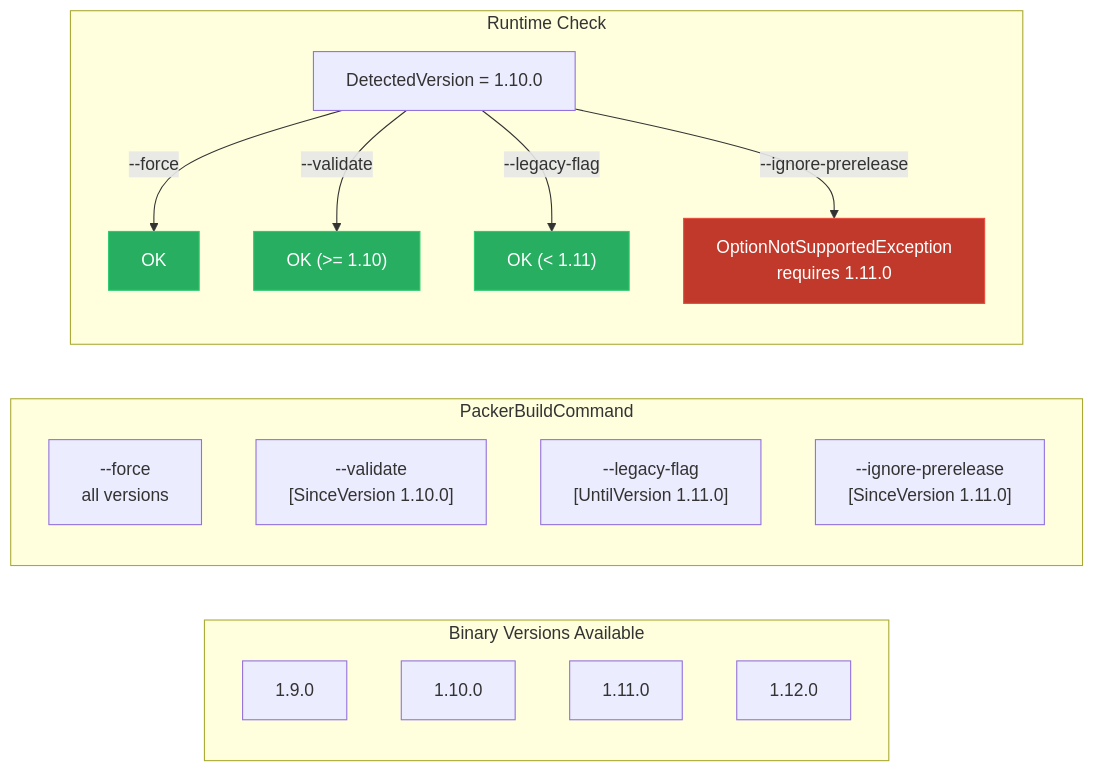
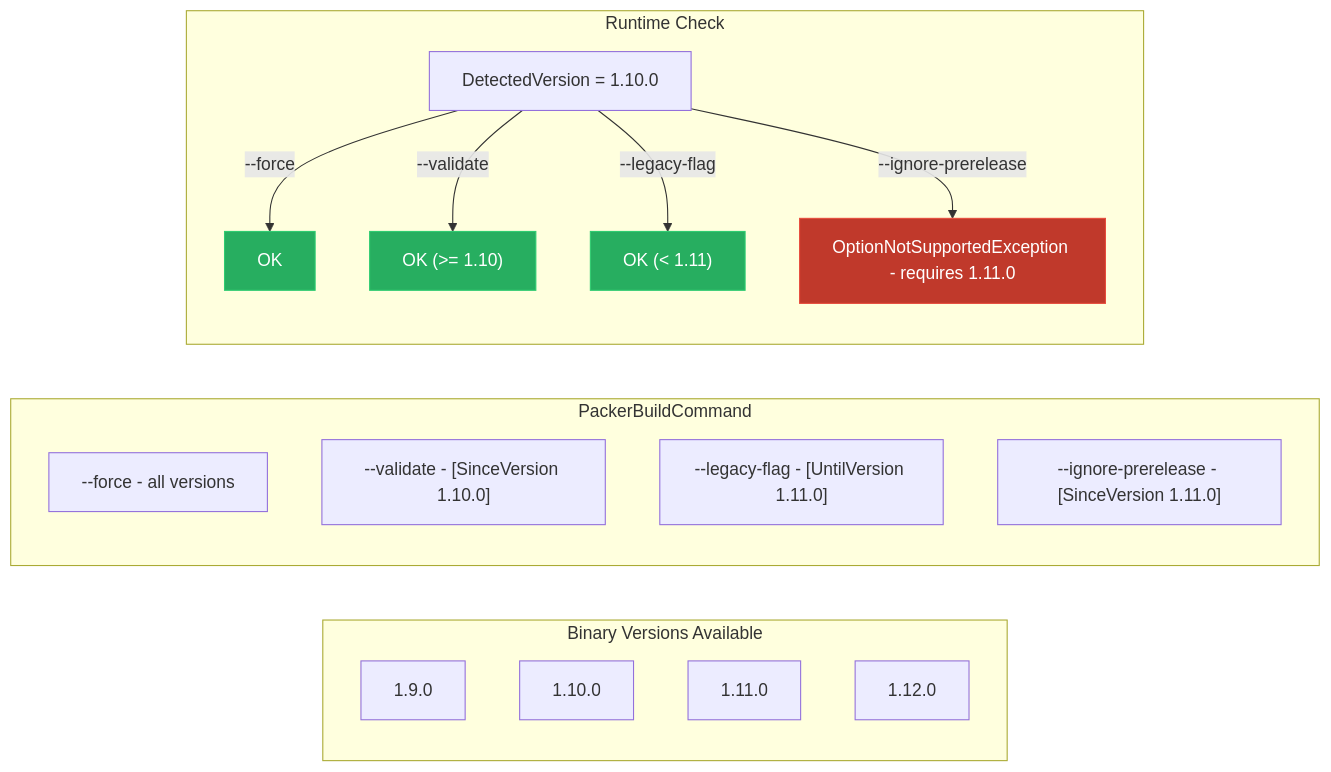
Before and after one commit to FrenchExDev/FrenchExDev: the sixth of 14 diagrams in Net/FrenchExDev/BinaryWrapper/doc/ARCHITECTURE.md, drawn with Mermaid. The commit also changed other lines of this file and 2 other files, not shown here.

Commit message:
fix: mermaid markdown

````diff
--- a/Net/FrenchExDev/BinaryWrapper/doc/ARCHITECTURE.md
+++ b/Net/FrenchExDev/BinaryWrapper/doc/ARCHITECTURE.md
@@ -387,29 +387,29 @@
 ```mermaid
 flowchart LR
     subgraph Versions["Binary Versions Available"]
         V1["1.9.0"]
         V2["1.10.0"]
         V3["1.11.0"]
         V4["1.12.0"]
     end
 
     subgraph Command["PackerBuildCommand"]
-        O1["--force<br>all versions"]
-        O2["--validate<br>[SinceVersion 1.10.0]"]
-        O3["--legacy-flag<br>[UntilVersion 1.11.0]"]
-        O4["--ignore-prerelease<br>[SinceVersion 1.11.0]"]
+        O1["--force - all versions"]
+        O2["--validate - [SinceVersion 1.10.0]"]
+        O3["--legacy-flag - [UntilVersion 1.11.0]"]
+        O4["--ignore-prerelease - [SinceVersion 1.11.0]"]
     end
 
     subgraph Runtime["Runtime Check"]
         DV["DetectedVersion = 1.10.0"]
         DV -->|"--force"| OK1["OK"]
         DV -->|"--validate"| OK2["OK (>= 1.10)"]
         DV -->|"--legacy-flag"| OK3["OK (< 1.11)"]
-        DV -->|"--ignore-prerelease"| FAIL["OptionNotSupportedException<br>requires 1.11.0"]
+        DV -->|"--ignore-prerelease"| FAIL["OptionNotSupportedException - requires 1.11.0"]
     end
 
     style FAIL fill:#c0392b,stroke:#e74c3c,color:#fff
     style OK1 fill:#27ae60,stroke:#2ecc71,color:#fff
     style OK2 fill:#27ae60,stroke:#2ecc71,color:#fff
     style OK3 fill:#27ae60,stroke:#2ecc71,color:#fff
 ```
````
